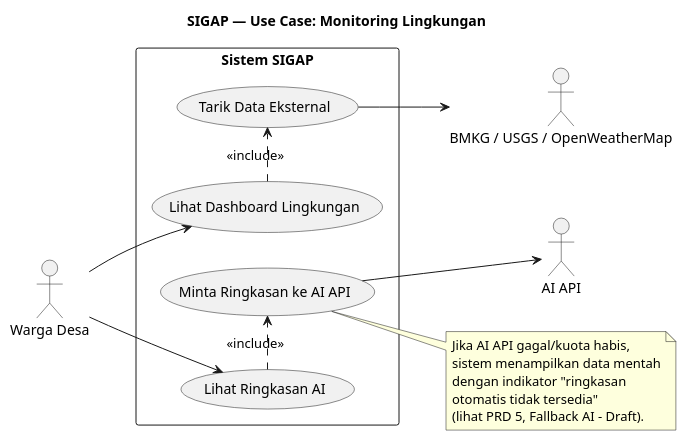
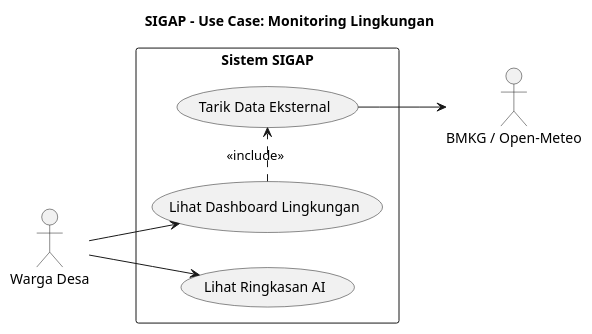
One commit to Vextronode/sigap_app changed the diagram in docs/business/usecase/uc_monitoring_lingkungan.puml. Above: the diagram before and after it, drawn with PlantUML. The commit also changed 97 other files, not shown here.

```diff
--- a/docs/business/usecase/uc_monitoring_lingkungan.puml
+++ b/docs/business/usecase/uc_monitoring_lingkungan.puml
@@ -1,33 +1,20 @@
 @startuml uc_monitoring_lingkungan
 left to right direction
-title SIGAP — Use Case: Monitoring Lingkungan
+title SIGAP - Use Case: Monitoring Lingkungan
 
 actor "Warga Desa" as Warga
-actor "BMKG / USGS / OpenWeatherMap" as ExtData
-actor "AI API" as ExtAI
+actor "BMKG / Open-Meteo" as ExtData
 
 rectangle "Sistem SIGAP" {
   usecase "Lihat Dashboard Lingkungan" as UC1
   usecase "Lihat Ringkasan AI" as UC2
-  usecase "Tarik Data Eksternal" as UC10
-  usecase "Minta Ringkasan ke AI API" as UC10b
+  usecase "Tarik Data Eksternal" as UC3
 }
 
 Warga --> UC1
 Warga --> UC2
 
-UC1 .> UC10 : <<include>>
-UC2 .> UC10b : <<include>>
-
-UC10 --> ExtData
-UC10b --> ExtAI
-
-note right of UC10b
-  Jika AI API gagal/kuota habis,
-  sistem menampilkan data mentah
-  dengan indikator "ringkasan
-  otomatis tidak tersedia"
-  (lihat PRD 5, Fallback AI - Draft).
-end note
+UC1 .> UC3 : <<include>>
+UC3 --> ExtData
 
 @enduml
```
